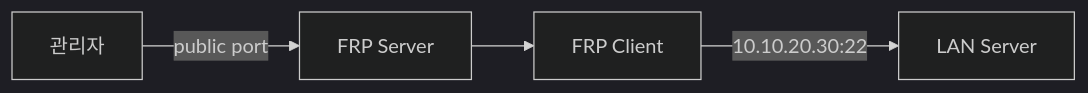
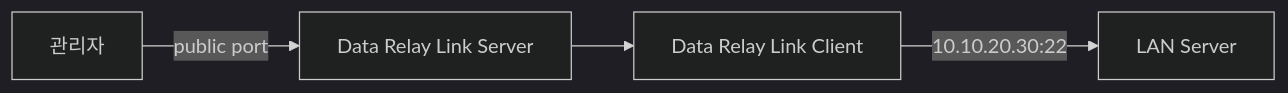
The second of 3 diagrams in ko/guides/ssh.mdx (datarelay-labs/data-relay-link-docs), drawn with Mermaid (dark theme) before and after one commit. The commit also changed other lines of this file and 32 other files, not shown here.

````diff
--- a/ko/guides/ssh.mdx
+++ b/ko/guides/ssh.mdx
@@ -44,6 +44,6 @@
 ```mermaid
 flowchart LR
-    U[관리자] -->|public port| S[FRP Server]
-    S --> C[FRP Client]
+    U[관리자] -->|public port| S[Data Relay Link Server]
+    S --> C[Data Relay Link Client]
     C -->|10.10.20.30:22| H[LAN Server]
 ```
````
